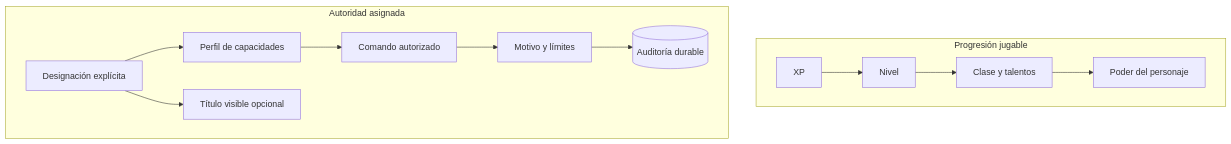
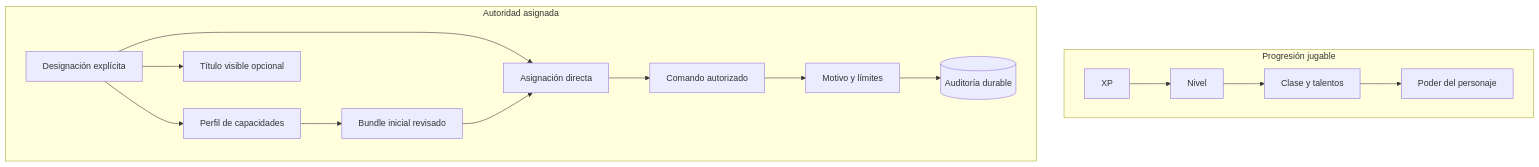
The second of 3 diagrams in docs/design/social-staff-and-loot-roadmap.md (hyukudan/tiamud), drawn with Mermaid before and after one commit. The commit also changed other lines of this file and 28 other files, not shown here.

````diff
--- a/docs/design/social-staff-and-loot-roadmap.md
+++ b/docs/design/social-staff-and-loot-roadmap.md
@@ -210,19 +267,22 @@
 ```mermaid
 flowchart TB
     accTitle: Separación objetivo entre progresión y autoridad de staff
     accDescr: La experiencia solo cambia la ficha jugable. Una designación administrativa separada concede capacidades acotadas, puede mostrar un título de ambientación y produce auditoría para cada acción sensible.
 
     subgraph Play[Progresión jugable]
         XP[XP] --> Level[Nivel]
         Level --> Class[Clase y talentos]
         Class --> Power[Poder del personaje]
     end
 
     subgraph Staff[Autoridad asignada]
         Assign[Designación explícita] --> Profile[Perfil de capacidades]
         Assign --> Lore[Título visible opcional]
-        Profile --> Command[Comando autorizado]
+        Profile --> Bundle[Bundle inicial revisado]
+        Assign --> Capability[Asignación directa]
+        Bundle --> Capability
+        Capability --> Command[Comando autorizado]
         Command --> Reason[Motivo y límites]
         Reason --> Audit[(Auditoría durable)]
     end
 ```
````
